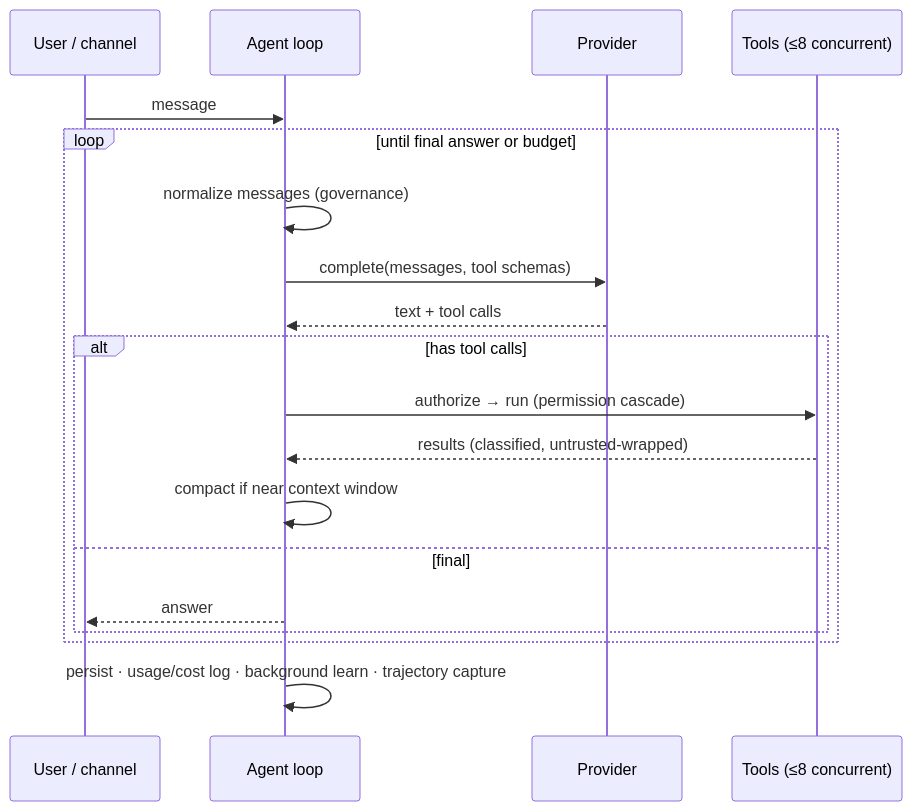
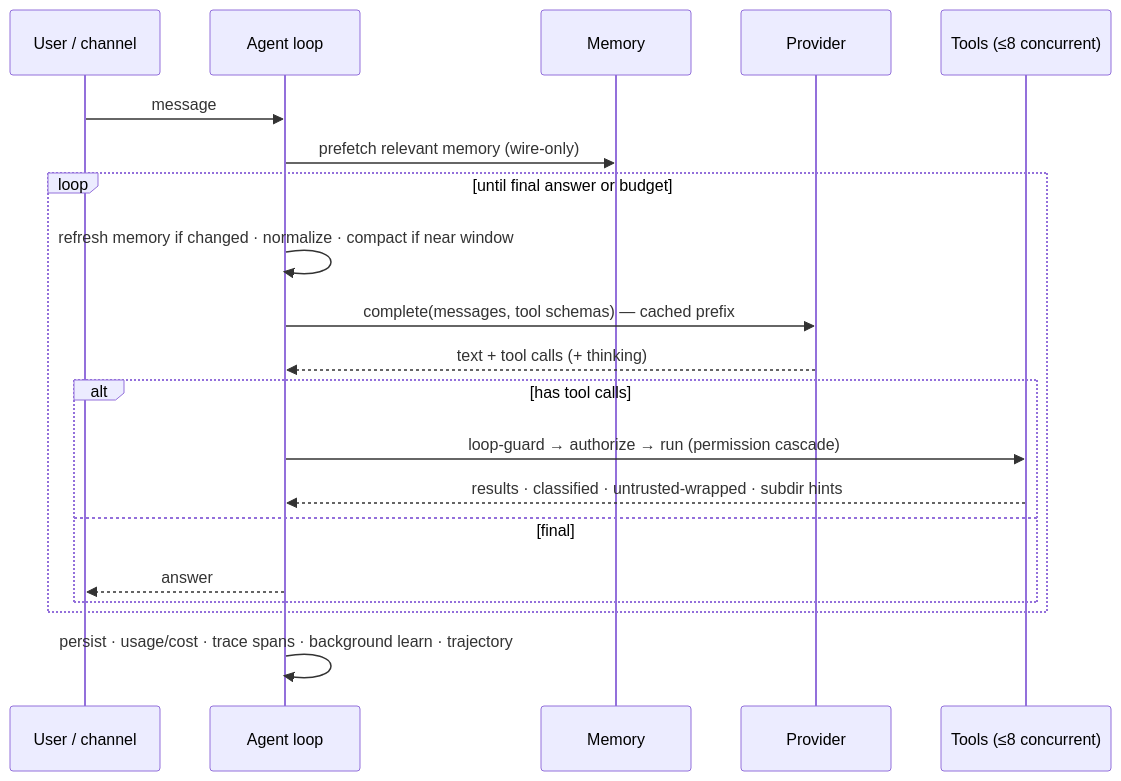
The second of 5 diagrams in README.md (Alien0013/aegis), drawn with Mermaid before and after one commit. The commit also changed other lines of this file and 6 other files, not shown here.

````diff
--- a/README.md
+++ b/README.md
@@ -96,21 +107,22 @@
 ```mermaid
 sequenceDiagram
     participant U as User / channel
     participant A as Agent loop
+    participant M as Memory
     participant P as Provider
     participant T as Tools (≤8 concurrent)
     U->>A: message
+    A->>M: prefetch relevant memory (wire-only)
     loop until final answer or budget
-        A->>A: normalize messages (governance)
-        A->>P: complete(messages, tool schemas)
-        P-->>A: text + tool calls
+        A->>A: refresh memory if changed · normalize · compact if near window
+        A->>P: complete(messages, tool schemas) — cached prefix
+        P-->>A: text + tool calls (+ thinking)
         alt has tool calls
-            A->>T: authorize → run (permission cascade)
-            T-->>A: results (classified, untrusted-wrapped)
-            A->>A: compact if near context window
+            A->>T: loop-guard → authorize → run (permission cascade)
+            T-->>A: results · classified · untrusted-wrapped · subdir hints
         else final
             A-->>U: answer
         end
     end
-    A->>A: persist · usage/cost log · background learn · trajectory capture
+    A->>A: persist · usage/cost · trace spans · background learn · trajectory
 ```
````
